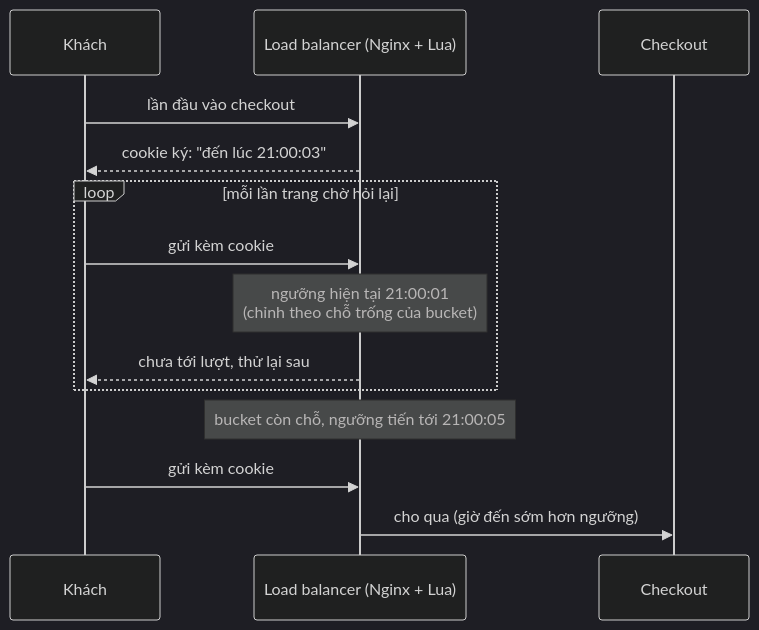
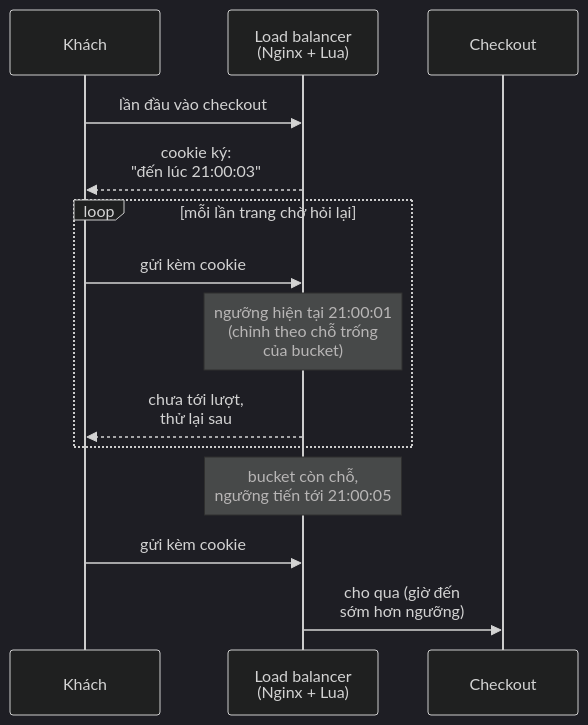
One commit to duongbui234/software-engineering-atlas changed the third of 3 diagrams in content/posts/2026-11-21-shopify-flash-sale.md. Above: the diagram before and after it, drawn with Mermaid (dark theme). The commit also changed 18 other files, not shown here.

First line of the commit message:
MQ-03 exchange-type comparison, and readable Mermaid diagrams (#6)

````diff
--- a/content/posts/2026-11-21-shopify-flash-sale.md
+++ b/content/posts/2026-11-21-shopify-flash-sale.md
@@ -103,16 +103,16 @@
 ```mermaid
 sequenceDiagram
     participant K as Khách
-    participant LB as Load balancer (Nginx + Lua)
+    participant LB as Load balancer<br/>(Nginx + Lua)
     participant App as Checkout
     K->>LB: lần đầu vào checkout
-    LB-->>K: cookie ký: "đến lúc 21:00:03"
+    LB-->>K: cookie ký:<br/>"đến lúc 21:00:03"
     loop mỗi lần trang chờ hỏi lại
         K->>LB: gửi kèm cookie
-        Note over LB: ngưỡng hiện tại 21:00:01<br/>(chỉnh theo chỗ trống của bucket)
-        LB-->>K: chưa tới lượt, thử lại sau
+        Note over LB: ngưỡng hiện tại 21:00:01<br/>(chỉnh theo chỗ trống<br/>của bucket)
+        LB-->>K: chưa tới lượt,<br/>thử lại sau
     end
-    Note over LB: bucket còn chỗ, ngưỡng tiến tới 21:00:05
+    Note over LB: bucket còn chỗ,<br/>ngưỡng tiến tới 21:00:05
     K->>LB: gửi kèm cookie
-    LB->>App: cho qua (giờ đến sớm hơn ngưỡng)
+    LB->>App: cho qua (giờ đến<br/>sớm hơn ngưỡng)
 ```
````
